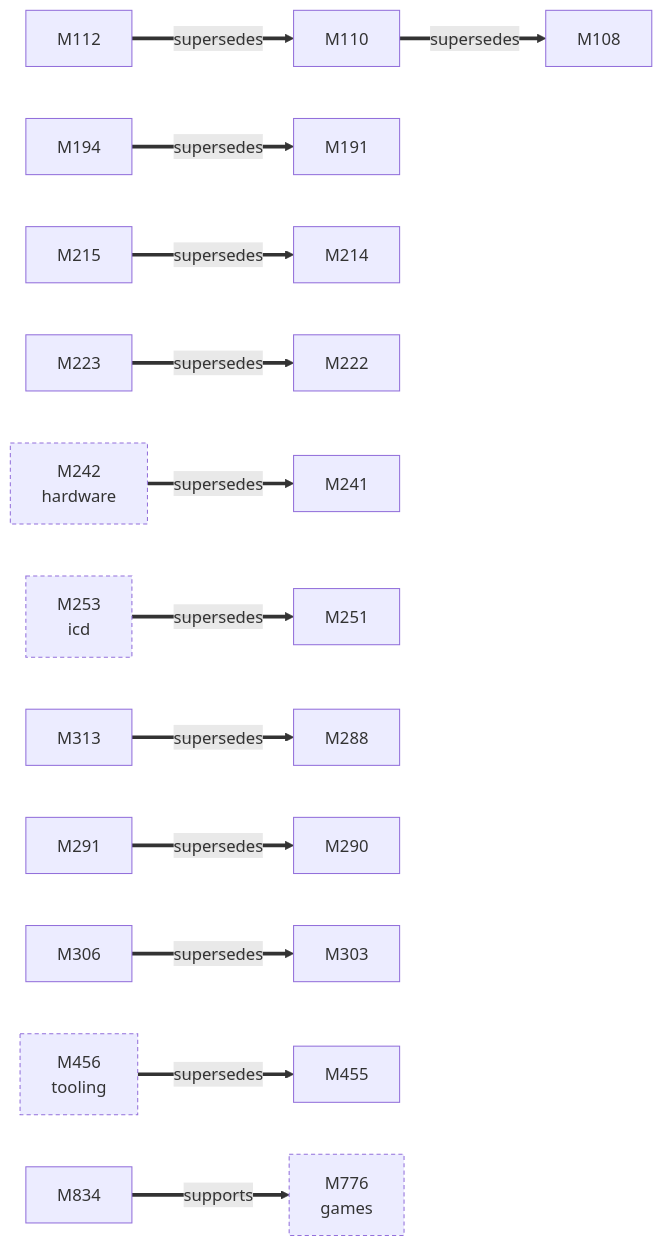
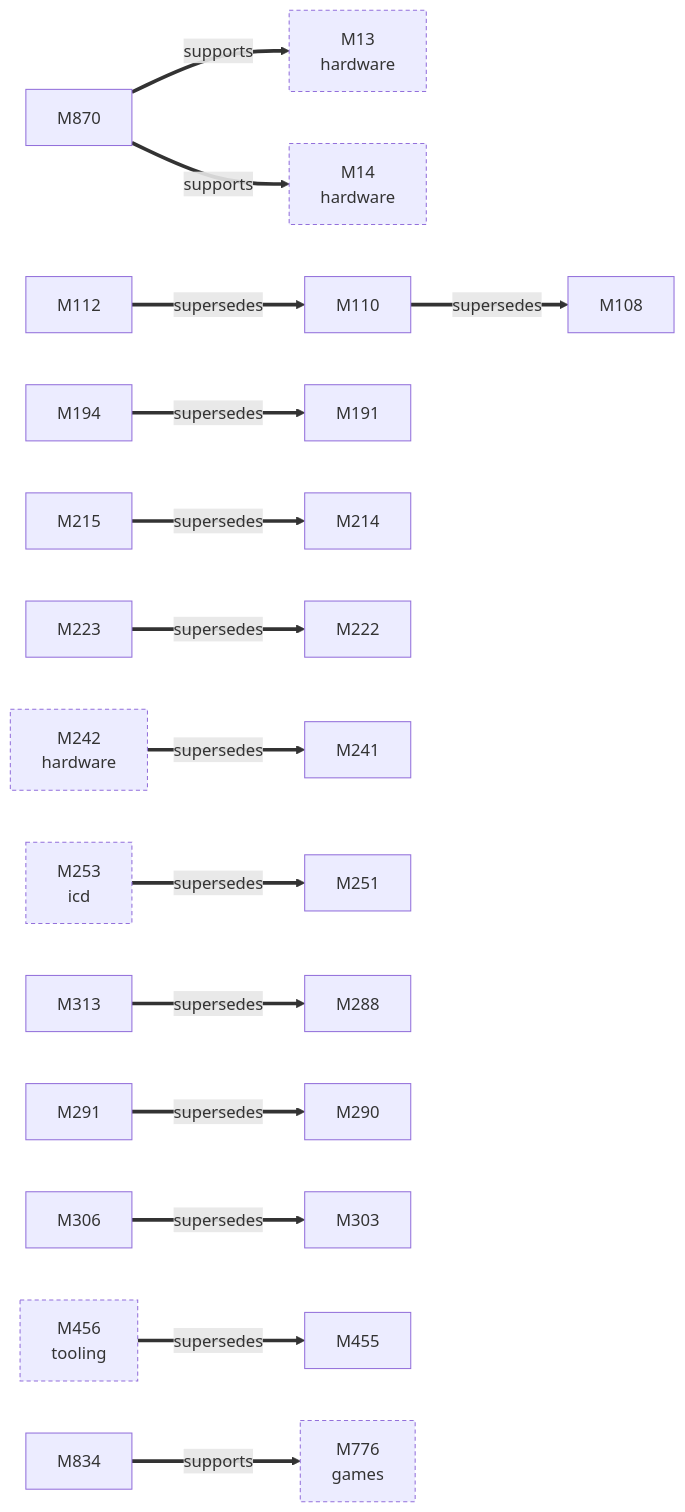
Before and after one commit to D-Ogi/amdgpu-wddm: the first of 3 diagrams in docs/facts/graphs/kmd.md, drawn with Mermaid. The commit also changed 9 other files, not shown here.

````diff
--- a/docs/facts/graphs/kmd.md
+++ b/docs/facts/graphs/kmd.md
@@ -9,40 +9,45 @@
 ```mermaid
 flowchart LR
+  M13["M13<br/>hardware"]
+  M14["M14<br/>hardware"]
   M108["M108"]
   M110["M110"]
   M112["M112"]
   M191["M191"]
   M194["M194"]
   M214["M214"]
   M215["M215"]
   M222["M222"]
   M223["M223"]
   M241["M241"]
   M242["M242<br/>hardware"]
   M251["M251"]
   M253["M253<br/>icd"]
   M288["M288"]
   M290["M290"]
   M291["M291"]
   M303["M303"]
   M306["M306"]
   M313["M313"]
   M455["M455"]
   M456["M456<br/>tooling"]
   M776["M776<br/>games"]
   M834["M834"]
+  M870["M870"]
   M242 ==>|supersedes| M241
   M110 ==>|supersedes| M108
   M112 ==>|supersedes| M110
   M194 ==>|supersedes| M191
   M215 ==>|supersedes| M214
   M223 ==>|supersedes| M222
   M291 ==>|supersedes| M290
   M306 ==>|supersedes| M303
   M313 ==>|supersedes| M288
   M834 ==>|supports| M776
+  M870 ==>|supports| M13
+  M870 ==>|supports| M14
   M253 ==>|supersedes| M251
   M456 ==>|supersedes| M455
   classDef other stroke-dasharray:4 3
-  class M242,M253,M456,M776 other
+  class M13,M14,M242,M253,M456,M776 other
 ```
````
